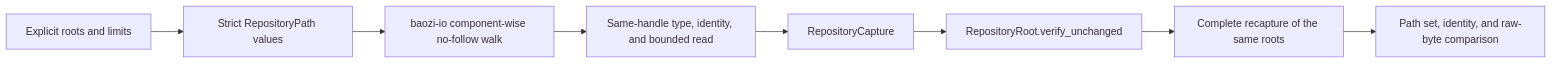
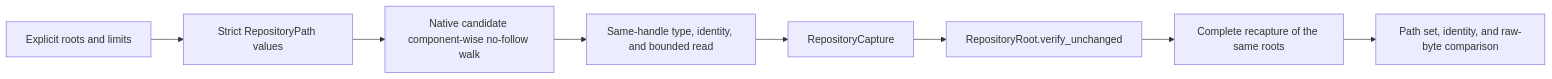
Before and after one commit to Latias94/baozi: the third of 3 diagrams in docs/adr/0010-asset-io-virtual-filesystem-uri-archive-and-path-security.md, drawn with Mermaid. The commit also changed other lines of this file and 124 other files, not shown here.

````diff
--- a/docs/adr/0010-asset-io-virtual-filesystem-uri-archive-and-path-security.md
+++ b/docs/adr/0010-asset-io-virtual-filesystem-uri-archive-and-path-security.md
@@ -413,10 +414,10 @@
 ```mermaid
 flowchart LR
     Spec[Explicit roots and limits] --> Path[Strict RepositoryPath values]
-    Path --> Walk[baozi-io component-wise no-follow walk]
+    Path --> Walk[Native candidate component-wise no-follow walk]
     Walk --> Handle[Same-handle type, identity, and bounded read]
     Handle --> Capture[RepositoryCapture]
     Capture --> Verify[RepositoryRoot.verify_unchanged]
     Verify --> Recapture[Complete recapture of the same roots]
     Recapture --> Compare[Path set, identity, and raw-byte comparison]
 ```
````
